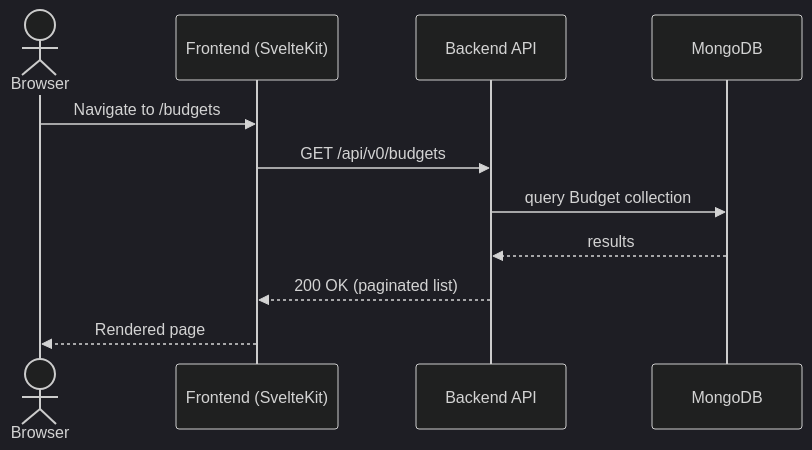
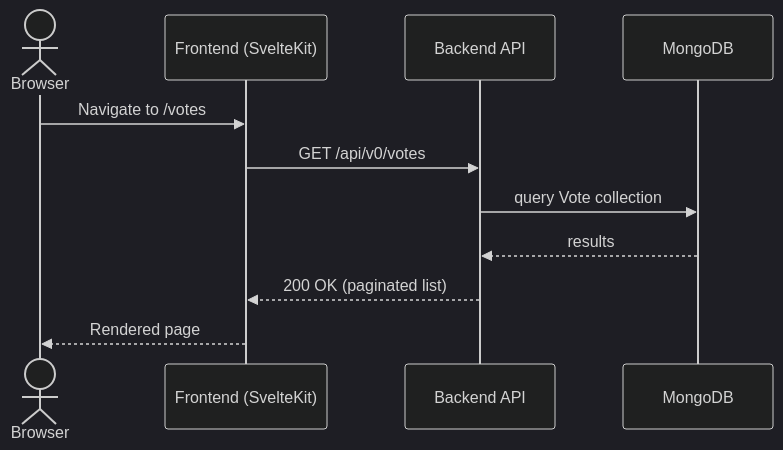
The second of 5 diagrams in docs/system-architecture.md (lerna-labs/ekklesia-proposal-module), drawn with Mermaid (dark theme) before and after one commit. The commit also changed other lines of this file and 8 other files, not shown here.

Commit message:
A host of updates to align this branch with main and manage renaming from "Budgets" to "Votes" to future-proof the platform against other use cases beyond budgeting.

````diff
--- a/docs/system-architecture.md
+++ b/docs/system-architecture.md
@@ -336,14 +336,14 @@
 ```mermaid
 sequenceDiagram
     actor Browser
     participant Frontend as Frontend (SvelteKit)
     participant Backend as Backend API
     participant MongoDB
 
-    Browser->>Frontend: Navigate to /budgets
-    Frontend->>Backend: GET /api/v0/budgets
-    Backend->>MongoDB: query Budget collection
+    Browser->>Frontend: Navigate to /votes
+    Frontend->>Backend: GET /api/v0/votes
+    Backend->>MongoDB: query Vote collection
     MongoDB-->>Backend: results
     Backend-->>Frontend: 200 OK (paginated list)
     Frontend-->>Browser: Rendered page
 ```
````
